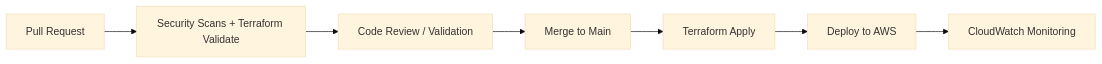
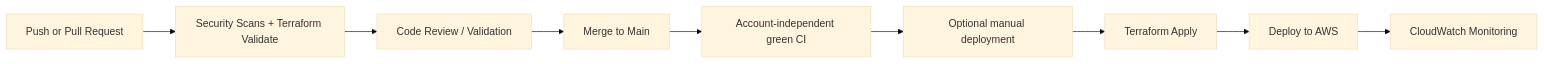
Before and after one commit to Emanuelgm1998/aws-devsecops-infrastructure: the second of 2 diagrams in README.md, drawn with Mermaid (base theme). The commit also changed other lines of this file and 7 other files, not shown here.

Commit message:
ci: decouple validation from optional AWS deployment

````diff
--- a/README.md
+++ b/README.md
@@ -145,11 +145,13 @@
 ```mermaid
 flowchart LR
 
-PR[Pull Request] --> VALIDATE[Security Scans + Terraform Validate]
+PUSH[Push or Pull Request] --> VALIDATE[Security Scans + Terraform Validate]
 VALIDATE --> REVIEW[Code Review / Validation]
 REVIEW --> MERGE[Merge to Main]
-MERGE --> APPLY[Terraform Apply]
+MERGE --> GREEN[Account-independent green CI]
+GREEN --> MANUAL[Optional manual deployment]
+MANUAL --> APPLY[Terraform Apply]
 APPLY --> AWS[Deploy to AWS]
 
 AWS --> MON[CloudWatch Monitoring]
 ```
````
